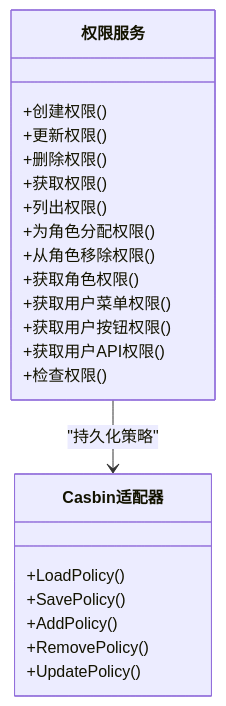
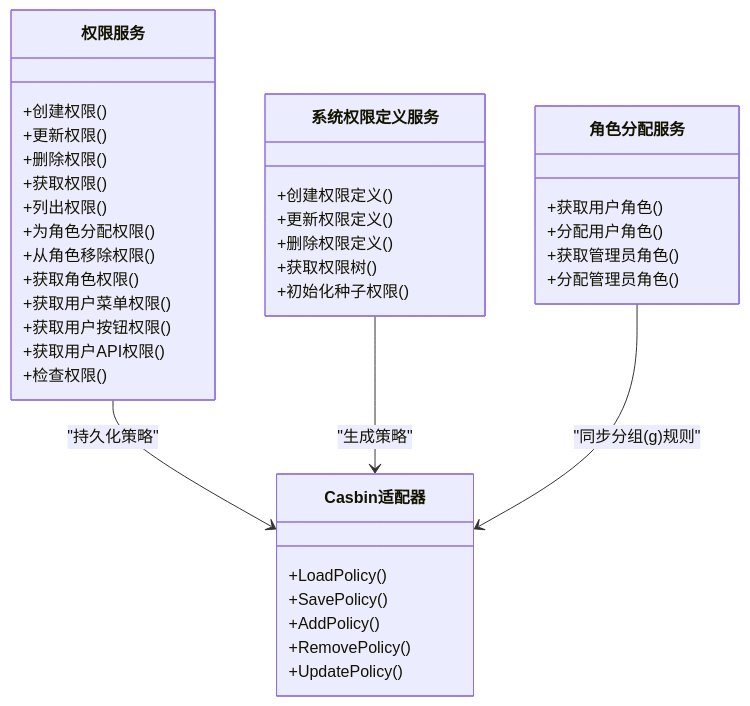
One commit to wuwuseo/e-sports-go-admin changed the fourth of 7 diagrams in .qoder/repowiki/zh/content/核心模块/核心模块.md. Above: the diagram before and after it, drawn with Mermaid. The commit also changed other lines of this file and 42 other files, not shown here.

````diff
--- a/.qoder/repowiki/zh/content/核心模块/核心模块.md
+++ b/.qoder/repowiki/zh/content/核心模块/核心模块.md
@@ -204,25 +239,40 @@
 ```mermaid
 classDiagram
 class 权限服务 {
 +创建权限()
 +更新权限()
 +删除权限()
 +获取权限()
 +列出权限()
 +为角色分配权限()
 +从角色移除权限()
 +获取角色权限()
 +获取用户菜单权限()
 +获取用户按钮权限()
 +获取用户API权限()
 +检查权限()
 }
+class 系统权限定义服务 {
++创建权限定义()
++更新权限定义()
++删除权限定义()
++获取权限树()
++初始化种子权限()
+}
+class 角色分配服务 {
++获取用户角色()
++分配用户角色()
++获取管理员角色()
++分配管理员角色()
+}
 class Casbin适配器 {
 +LoadPolicy()
 +SavePolicy()
 +AddPolicy()
 +RemovePolicy()
 +UpdatePolicy()
 }
 权限服务 --> Casbin适配器 : "持久化策略"
+系统权限定义服务 --> Casbin适配器 : "生成策略"
+角色分配服务 --> Casbin适配器 : "同步分组(g)规则"
 ```
````
